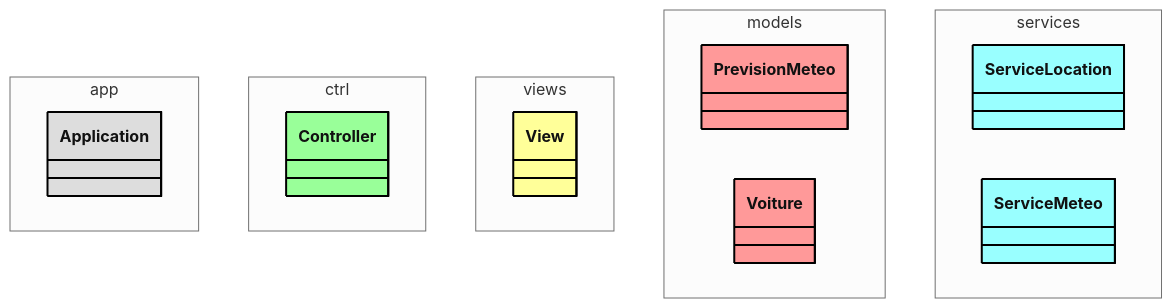
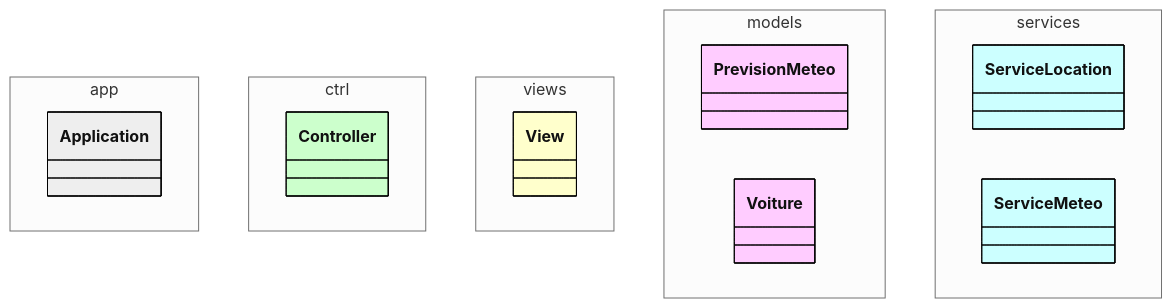
Before and after one commit to emf-info/MVC_FXML_D400_JDK17LTS: the first of 2 diagrams in README.md, drawn with Mermaid (neutral theme). The commit also changed other lines of this file, not shown here.

Commit message:
Correction des couleurs dans les diagrammes de classe

````diff
--- a/README.md
+++ b/README.md
@@ -43,27 +43,28 @@
 ```mermaid
 classDiagram
 namespace app {
     class Application
 }
 namespace ctrl {
     class Controller
 }
 namespace views {
     class View
 }
 namespace models {
     class PrevisionMeteo
     class Voiture
 }
 namespace services {
     class ServiceLocation
     class ServiceMeteo
 }
-style Application fill:#ddd,stroke:#000,stroke-width:2px
-style View fill:#ff9,stroke:#000,stroke-width:2px
-style Controller fill:#9f9,stroke:#000,stroke-width:2px
-style ServiceMeteo fill:#9ff,stroke:#000,stroke-width:2px
-style ServiceLocation fill:#9ff,stroke:#000,stroke-width:2px
-style Voiture fill:#f99,stroke:#000,stroke-width:2px
-style PrevisionMeteo fill:#f99,stroke:#000,stroke-width:2px
+    style View fill:#ffffcc,stroke:#000,stroke-width:1px
+    style Controller fill:#ccffcc,stroke:#000,stroke-width:1px
+    style ServiceMeteo fill:#ccffff,stroke:#000,stroke-width:1px
+    style ServiceLocation fill:#ccffff,stroke:#000,stroke-width:1px
+    style PrevisionMeteo fill:#ffccff,stroke:#000,stroke-width:1px
+    style Voiture fill:#ffccff,stroke:#000,stroke-width:1px
+    style Application fill:#eeeeee,stroke:#000,stroke-width:1px
+
 ```
````
